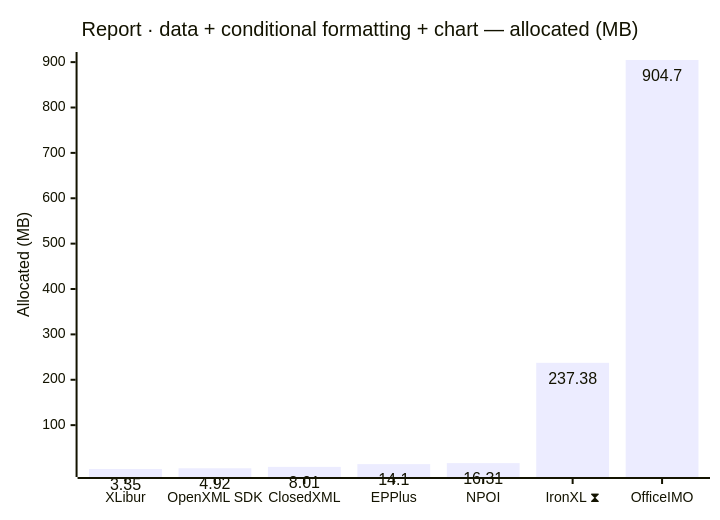
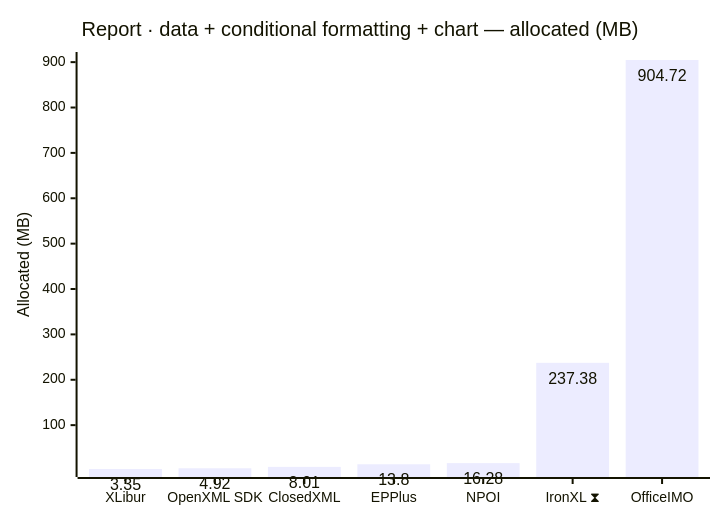
One commit to jafin/XLBench changed the eighth of 12 diagrams in docs/results-ci.md. Above: the diagram before and after it, drawn with Mermaid. The commit also changed other lines of this file, not shown here.

````diff
--- a/docs/results-ci.md
+++ b/docs/results-ci.md
@@ -134,12 +134,12 @@
 ```mermaid
 ---
 config:
   xyChart:
     showDataLabel: true
 ---
 xychart-beta
     title "Report · data + conditional formatting + chart — allocated (MB)"
     x-axis ["XLibur", "OpenXML SDK", "ClosedXML", "EPPlus", "NPOI", "IronXL ⧗", "OfficeIMO"]
     y-axis "Allocated (MB)"
-    bar [3.35, 4.92, 8.01, 14.1, 16.31, 237.38, 904.7]
+    bar [3.35, 4.92, 8.01, 13.8, 16.28, 237.38, 904.72]
 ```
````
